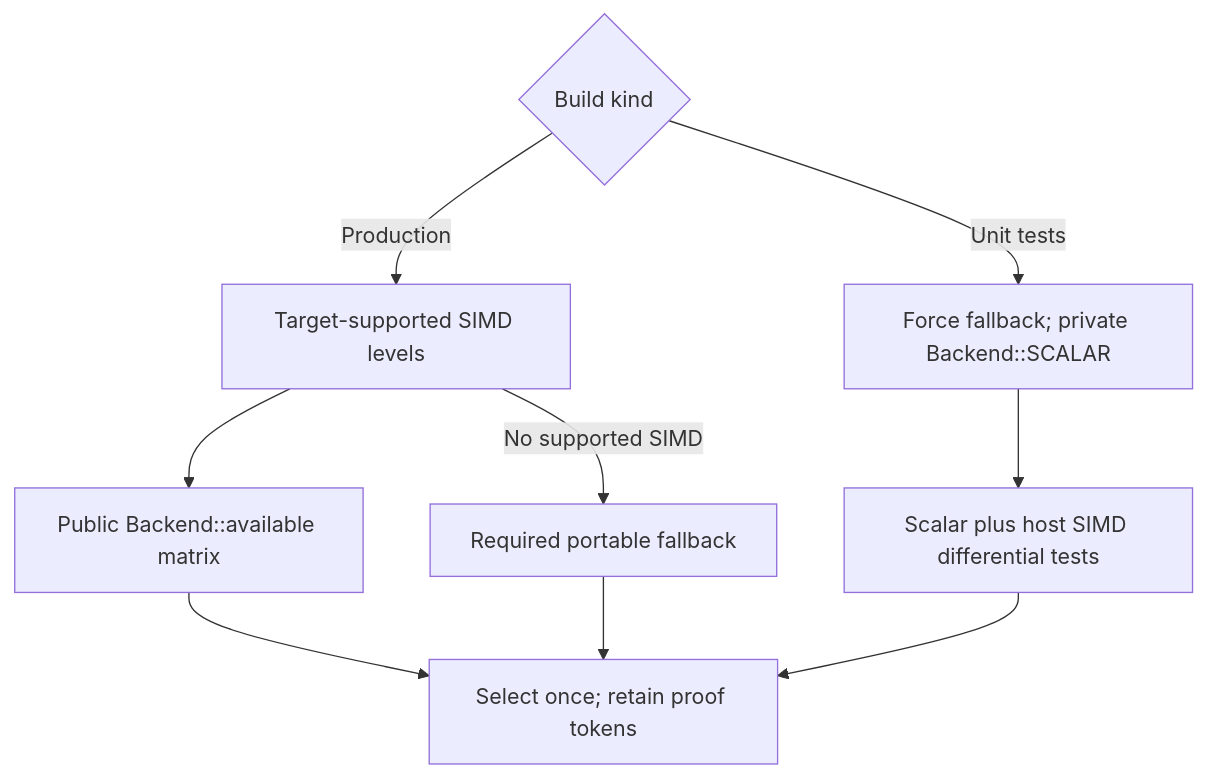
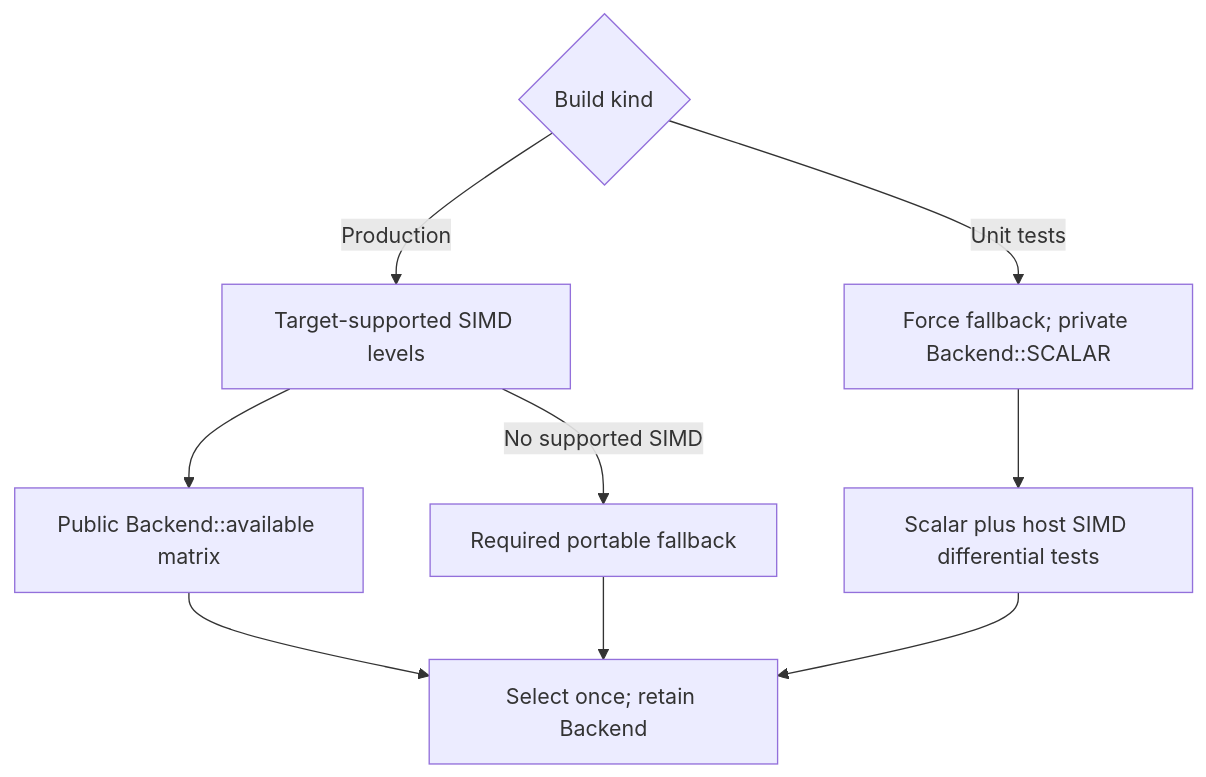
Before and after one commit to M-Compressors/mbrotli: the first of 11 diagrams in architecture/encoder-workspace.md, drawn with Mermaid. The commit also changed other lines of this file and 22 other files, not shown here.

````diff
--- a/architecture/encoder-workspace.md
+++ b/architecture/encoder-workspace.md
@@ -23,11 +23,11 @@
 ```mermaid
 flowchart TD
     Build{Build kind} -->|Production| Native[Target-supported SIMD levels]
     Build -->|Unit tests| Scalar[Force fallback; private Backend::SCALAR]
     Native -->|No supported SIMD| Portable[Required portable fallback]
     Native --> Public[Public Backend::available matrix]
     Scalar --> Matrix[Scalar plus host SIMD differential tests]
-    Public --> Select[Select once; retain proof tokens]
+    Public --> Select[Select once; retain Backend]
     Portable --> Select
     Matrix --> Select
 ```
````
